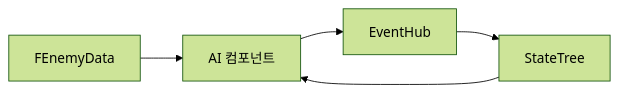
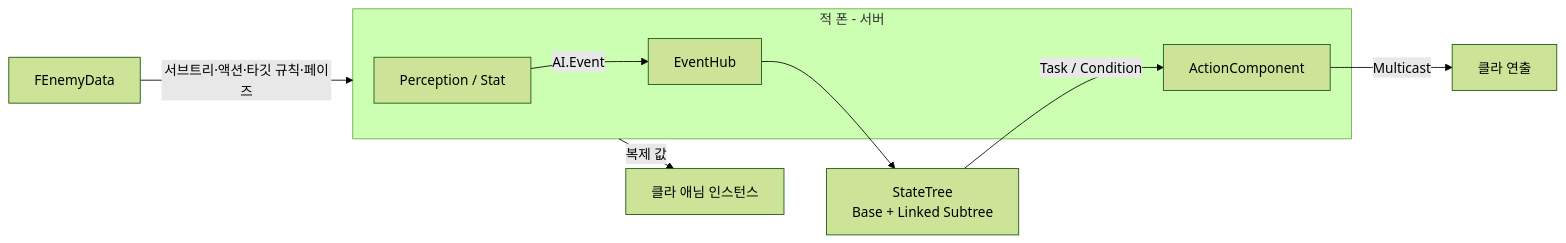
Before and after one commit to inwoo0115/LastStand: the second of 3 diagrams in README.md, drawn with Mermaid (forest theme). The commit also changed other lines of this file, not shown here.

First line of the commit message:
docs(readme): add rope action and restructure boss AI around layers

````diff
--- a/README.md
+++ b/README.md
@@ -70,7 +94,12 @@
 ```mermaid
 flowchart LR
-    D[FEnemyData] --> C[AI 컴포넌트]
-    C --> E[EventHub]
-    E --> S[StateTree]
-    S --> C
+    D[FEnemyData] -->|서브트리·액션·타깃 규칙·페이즈| P
+    subgraph P[적 폰 - 서버]
+        S[Perception / Stat] -->|AI.Event| H[EventHub]
+        A[ActionComponent]
+    end
+    H --> T[StateTree<br/>Base + Linked Subtree]
+    T -->|Task / Condition| A
+    A -->|Multicast| V[클라 연출]
+    P -->|복제 값| N[클라 애님 인스턴스]
 ```
````
